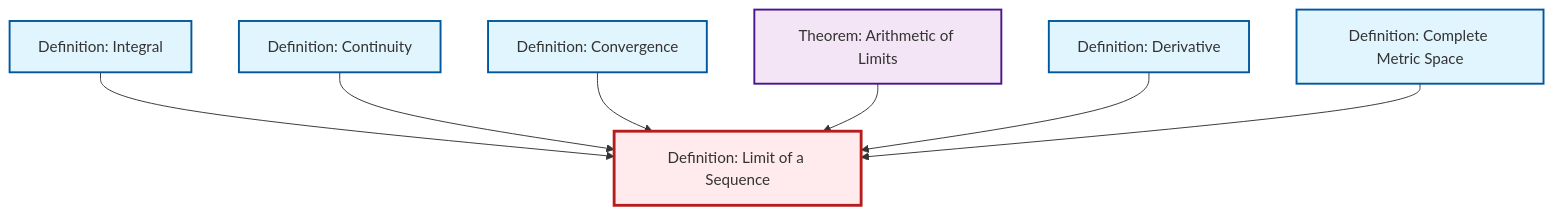
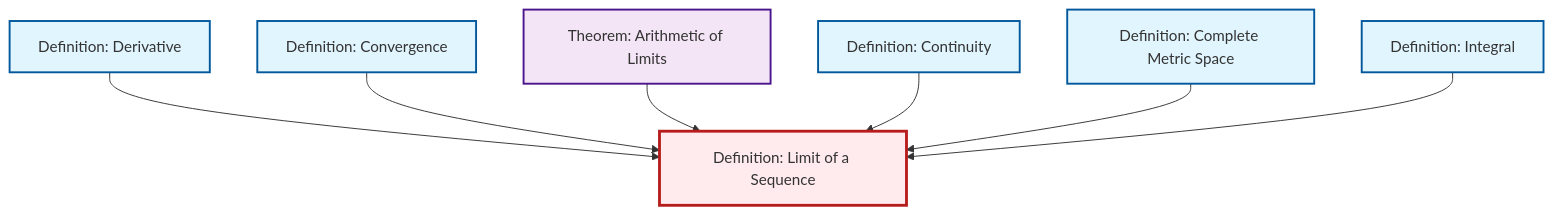
The diagram in content/en/analysis/def-limit.qmd (RK0429/ModernMath), drawn with Mermaid before and after one commit. The commit also changed other lines of this file and 434 other files, not shown here.

````diff
--- a/content/en/analysis/def-limit.qmd
+++ b/content/en/analysis/def-limit.qmd
@@ -48,29 +48,29 @@
 ```{mermaid}
 %%| fig-cap: "Local dependency graph"
 graph TD
     classDef definition fill:#e1f5fe,stroke:#01579b,stroke-width:2px
     classDef theorem fill:#f3e5f5,stroke:#4a148c,stroke-width:2px
     classDef axiom fill:#fff3e0,stroke:#e65100,stroke-width:2px
     classDef example fill:#e8f5e9,stroke:#1b5e20,stroke-width:2px
     classDef current fill:#ffebee,stroke:#b71c1c,stroke-width:3px
-    def-continuity["Definition: Continuity"]:::definition
+    def-integral["Definition: Integral"]:::definition
     def-convergence["Definition: Convergence"]:::definition
     def-complete-metric-space["Definition: Complete Metric Space"]:::definition
-    def-integral["Definition: Integral"]:::definition
+    def-derivative["Definition: Derivative"]:::definition
+    def-continuity["Definition: Continuity"]:::definition
+    thm-limit-arithmetic["Theorem: Arithmetic of Limits"]:::theorem
     def-limit["Definition: Limit of a Sequence"]:::definition
-    def-derivative["Definition: Derivative"]:::definition
-    thm-limit-arithmetic["Theorem: Arithmetic of Limits"]:::theorem
-    def-integral --> def-limit
-    def-continuity --> def-limit
+    def-derivative --> def-limit
     def-convergence --> def-limit
     thm-limit-arithmetic --> def-limit
-    def-derivative --> def-limit
+    def-continuity --> def-limit
     def-complete-metric-space --> def-limit
+    def-integral --> def-limit
     class def-limit current
-    click def-continuity "def-continuity.html" "Go to Continuity definition"
+    click def-integral "def-integral.html" "Go to Integral definition"
     click def-convergence "def-convergence.html" "Go to Convergence definition"
     click def-complete-metric-space "def-complete-metric-space.html" "Go to Complete Metric Space definition"
-    click def-integral "def-integral.html" "Go to Integral definition"
     click def-derivative "def-derivative.html" "Go to Derivative definition"
+    click def-continuity "def-continuity.html" "Go to Continuity definition"
     click thm-limit-arithmetic "thm-limit-arithmetic.html" "Go to Arithmetic of Limits theorem"
 ```
````
